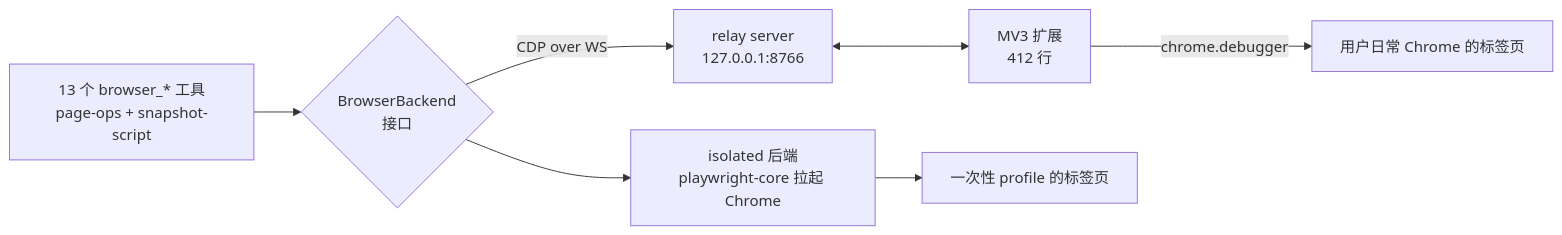
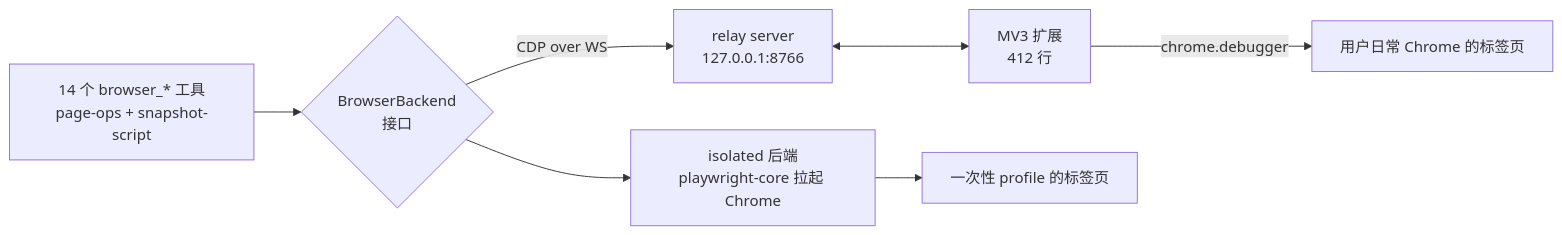
Before and after one commit to LiuHarry1/ai_coding_agent_intro: the fifth of 5 diagrams in docs/browser-automation-comparison.md, drawn with Mermaid. The commit also changed other lines of this file and 21 other files, not shown here.

````diff
--- a/docs/browser-automation-comparison.md
+++ b/docs/browser-automation-comparison.md
@@ -502,14 +502,14 @@
 ```mermaid
 flowchart LR
-  Tools["13 个 browser_* 工具<br/>page-ops + snapshot-script"]
+  Tools["14 个 browser_* 工具<br/>page-ops + snapshot-script"]
   Backend{"BrowserBackend<br/>接口"}
   Iso["isolated 后端<br/>playwright-core 拉起 Chrome"]
   Relay["relay server<br/>127.0.0.1:8766"]
   Ext["MV3 扩展<br/>412 行"]
   UserTab["用户日常 Chrome 的标签页"]
   IsoTab["一次性 profile 的标签页"]
 
   Tools --> Backend
   Backend --> Iso --> IsoTab
   Backend -->|"CDP over WS"| Relay <--> Ext -->|"chrome.debugger"| UserTab
 ```
````
